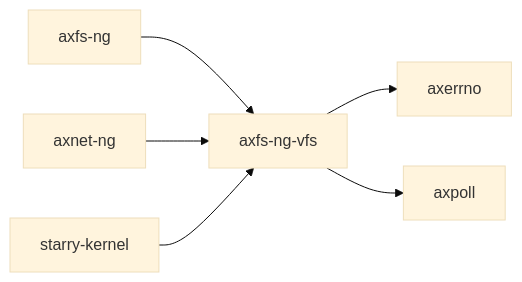
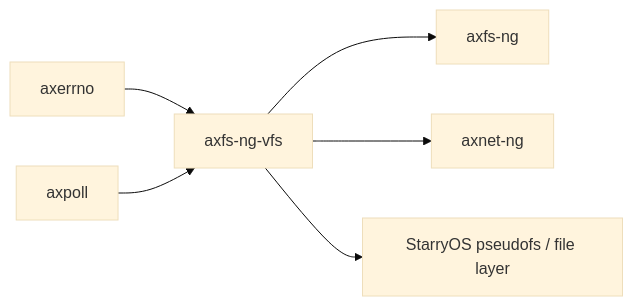
One commit to rcore-os/tgoskits changed the second of 2 diagrams in docs/crates/axfs-ng-vfs.md. Above: the diagram before and after it, drawn with Mermaid (base theme). The commit also changed other lines of this file and 99 other files, not shown here.

````diff
--- a/docs/crates/axfs-ng-vfs.md
+++ b/docs/crates/axfs-ng-vfs.md
@@ -36,9 +98,9 @@
 ```mermaid
 graph LR
-    current["axfs-ng-vfs"]
-    current --> axerrno["axerrno"]
-    current --> axpoll["axpoll"]
-    axfs_ng["axfs-ng"] --> current
-    axnet_ng["axnet-ng"] --> current
-    starry_kernel["starry-kernel"] --> current
+    axerrno["axerrno"] --> current["axfs-ng-vfs"]
+    axpoll["axpoll"] --> current
+
+    current --> axfs_ng["axfs-ng"]
+    current --> axnet_ng["axnet-ng"]
+    current --> starry_pseudofs["StarryOS pseudofs / file layer"]
 ```
````
